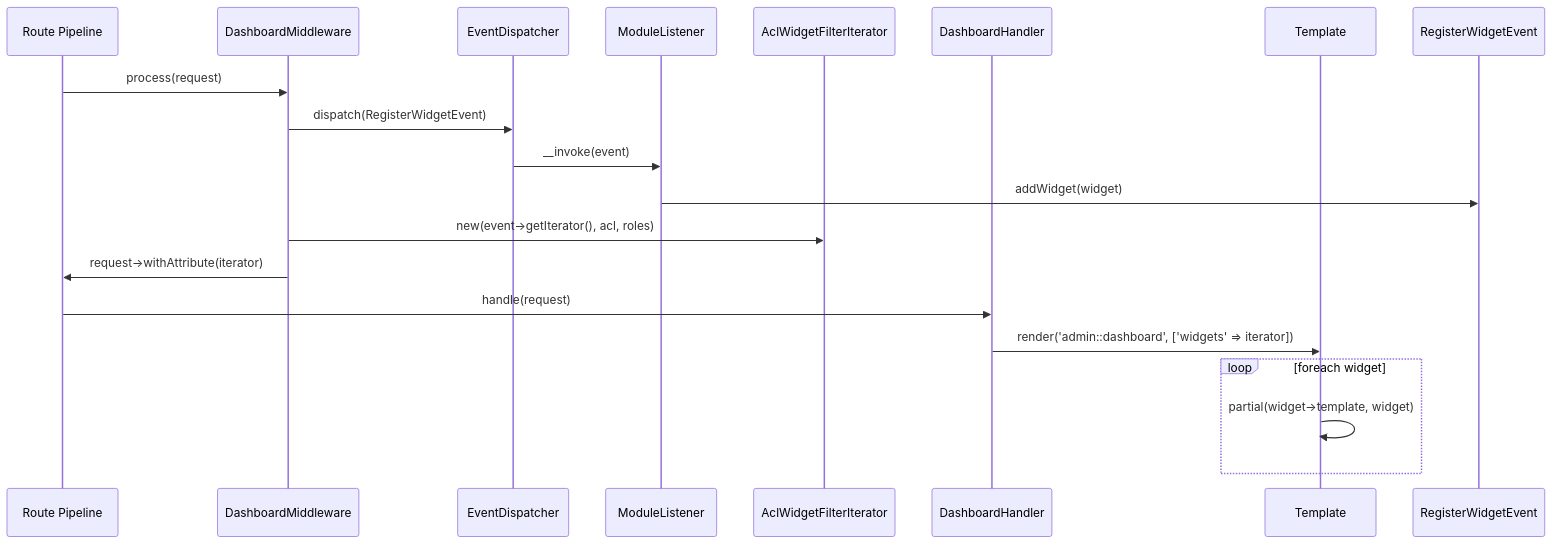
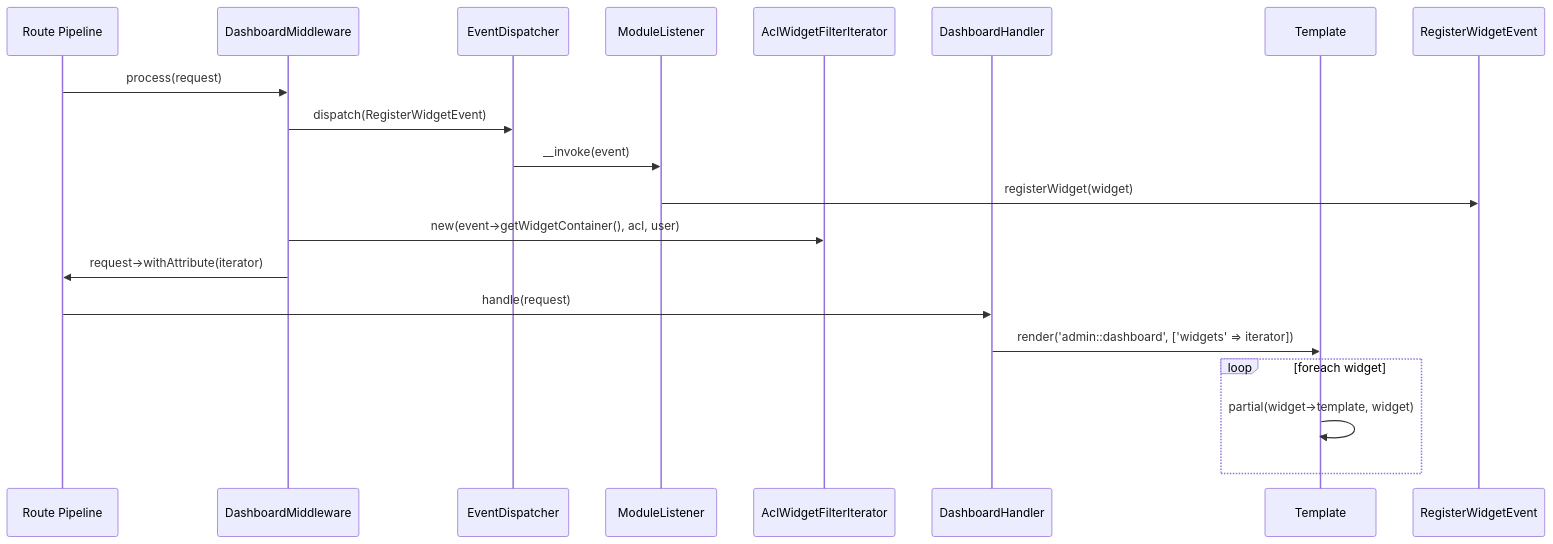
One commit to webinertia/webware-admin changed the second of 2 diagrams in docs/dashboard-widget-system.md. Above: the diagram before and after it, drawn with Mermaid. The commit also changed other lines of this file and 19 other files, not shown here.

First line of the commit message:
refactor: decouple dashboard widget filtering from webware-acl (#13)

````diff
--- a/docs/dashboard-widget-system.md
+++ b/docs/dashboard-widget-system.md
@@ -107,22 +116,22 @@
 ```mermaid
 sequenceDiagram
     participant Route Pipeline
     participant DashboardMiddleware
     participant EventDispatcher
     participant ModuleListener
     participant AclWidgetFilterIterator
     participant DashboardHandler
     participant Template
 
     Route Pipeline->>DashboardMiddleware: process(request)
     DashboardMiddleware->>EventDispatcher: dispatch(RegisterWidgetEvent)
     EventDispatcher->>ModuleListener: __invoke(event)
-    ModuleListener->>RegisterWidgetEvent: addWidget(widget)
-    DashboardMiddleware->>AclWidgetFilterIterator: new(event->getIterator(), acl, roles)
+    ModuleListener->>RegisterWidgetEvent: registerWidget(widget)
+    DashboardMiddleware->>AclWidgetFilterIterator: new(event->getWidgetContainer(), acl, user)
     DashboardMiddleware->>Route Pipeline: request->withAttribute(iterator)
     Route Pipeline->>DashboardHandler: handle(request)
     DashboardHandler->>Template: render('admin::dashboard', ['widgets' => iterator])
     loop foreach widget
         Template->>Template: partial(widget->template, widget)
     end
 ```
````
